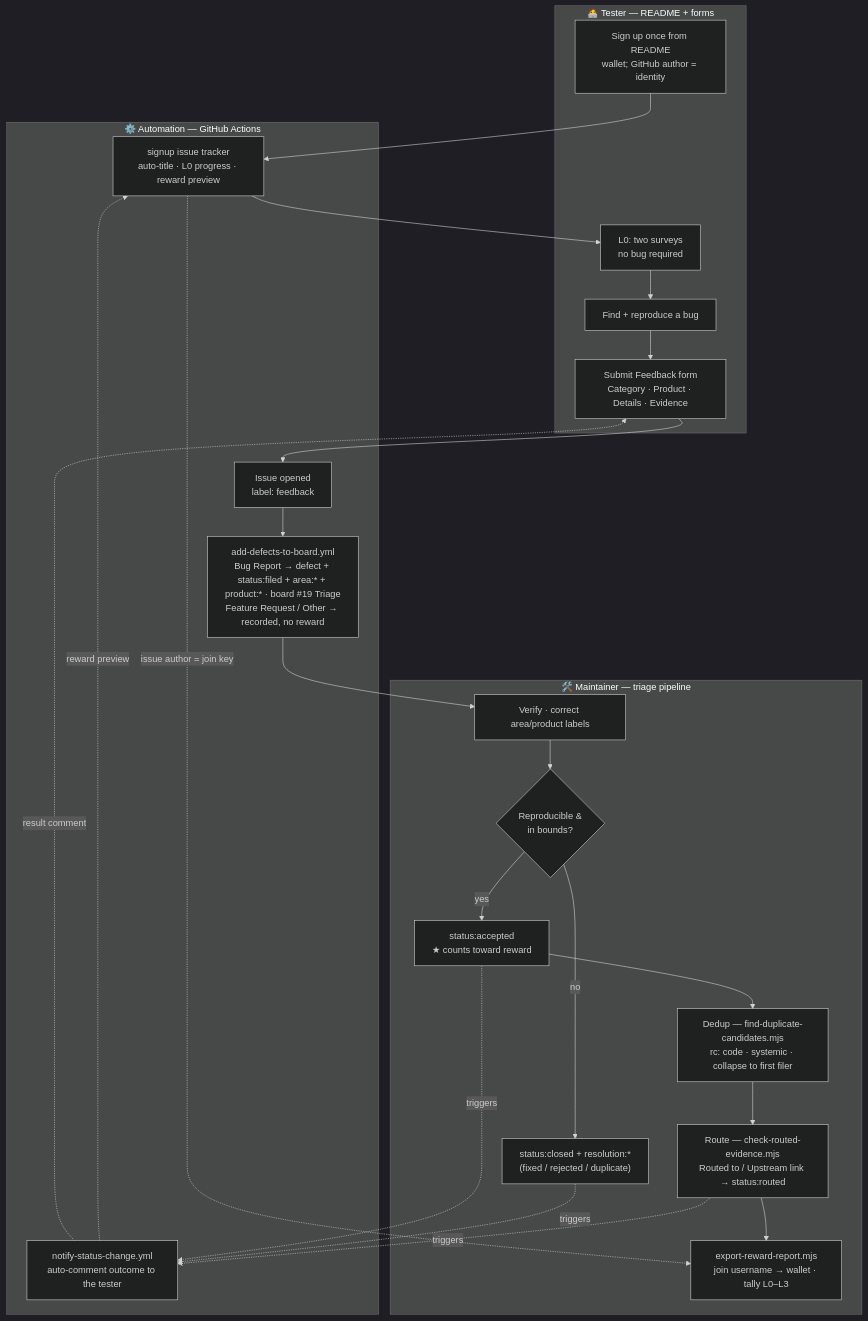
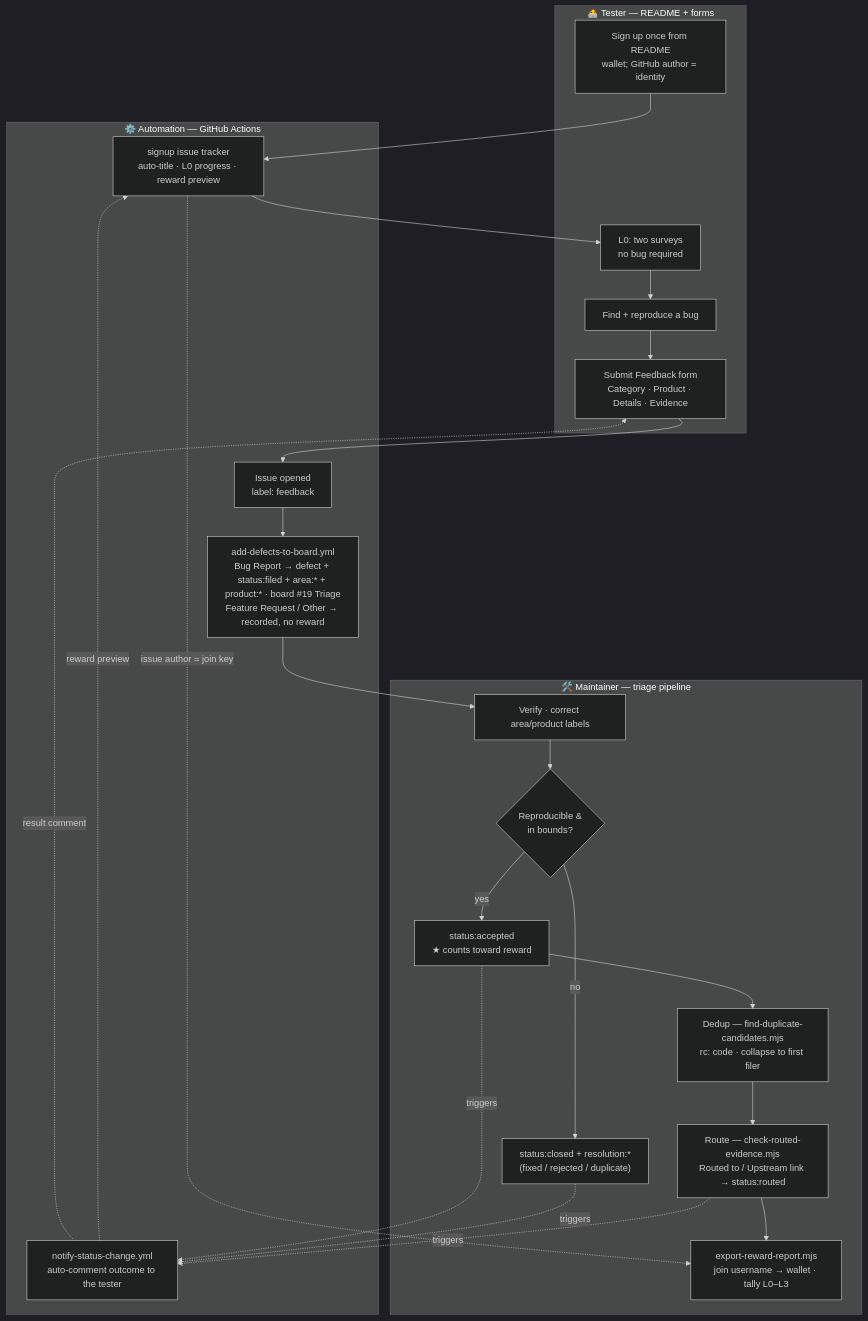
Before and after one commit to 0gfoundation/0g-testing-hub: the first of 2 diagrams in docs/WORKFLOWS.md, drawn with Mermaid (dark theme). The commit also changed other lines of this file and 12 other files, not shown here.

````diff
--- a/docs/WORKFLOWS.md
+++ b/docs/WORKFLOWS.md
@@ -13,36 +13,36 @@
 ```mermaid
 flowchart TD
     subgraph T["🧑‍💻 Tester — README + forms"]
       T1["Sign up once from README<br/>wallet; GitHub author = identity"]
       T2["L0: two surveys<br/>no bug required"]
       T3["Find + reproduce a bug"]
       T4["Submit Feedback form<br/>Category · Product · Details · Evidence"]
     end
 
     subgraph A["⚙️ Automation — GitHub Actions"]
       A0["signup issue tracker<br/>auto-title · L0 progress · reward preview"]
       A1["Issue opened<br/>label: feedback"]
       A2["add-defects-to-board.yml<br/>Bug Report → defect + status:filed + area:* + product:* · board #19 Triage<br/>Feature Request / Other → recorded, no reward"]
       A3["notify-status-change.yml<br/>auto-comment outcome to the tester"]
     end
 
     subgraph M["🛠️ Maintainer — triage pipeline"]
       M1["Verify · correct area/product labels"]
       M2{"Reproducible &<br/>in bounds?"}
       M3["status:accepted<br/>★ counts toward reward"]
       M4["status:closed + resolution:*<br/>(fixed / rejected / duplicate)"]
-      M5["Dedup — find-duplicate-candidates.mjs<br/>rc: code · systemic · collapse to first filer"]
+      M5["Dedup — find-duplicate-candidates.mjs<br/>rc: code · collapse to first filer"]
       M6["Route — check-routed-evidence.mjs<br/>Routed to / Upstream link → status:routed"]
       M7["export-reward-report.mjs<br/>join username → wallet · tally L0–L3"]
     end
 
     T1 --> A0 --> T2 --> T3 --> T4 --> A1 --> A2 --> M1 --> M2
     M2 -- yes --> M3 --> M5 --> M6 --> M7
     M2 -- no --> M4
     M3 -. triggers .-> A3
     M4 -. triggers .-> A3
     M6 -. triggers .-> A3
     A3 -. result comment .-> T4
     A3 -. reward preview .-> A0
     A0 -. "issue author = join key" .-> M7
 ```
````
